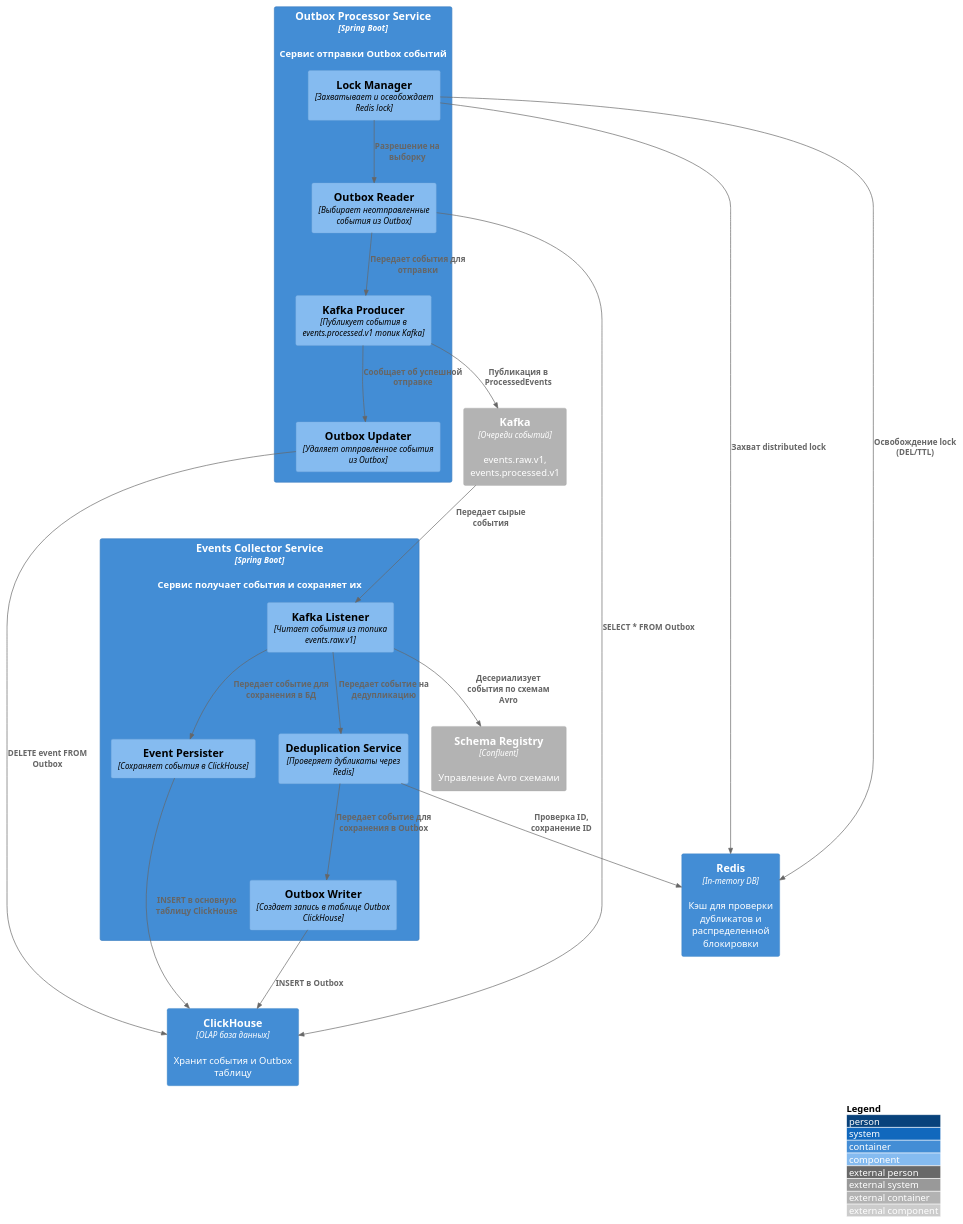
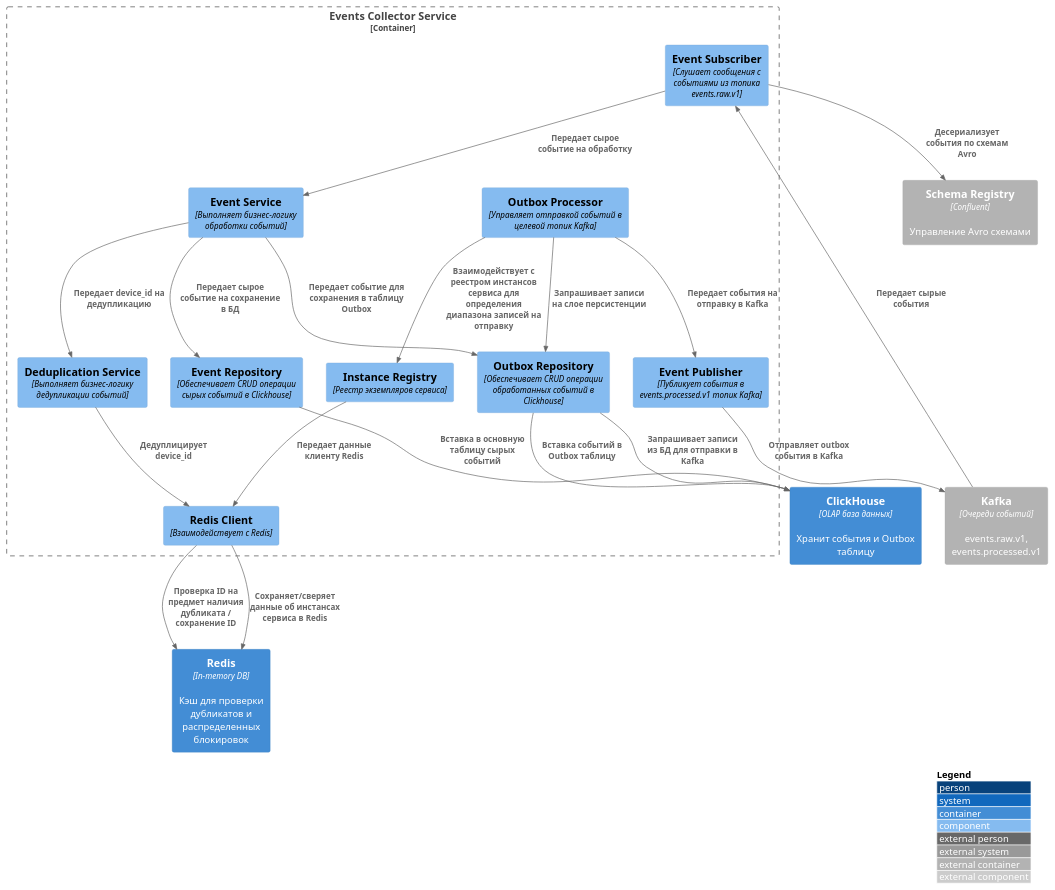
One commit to denfort50/iot-platform-yankee-dkalchenko changed the diagram in diagrams/components.puml. Above: the diagram before and after it, drawn with PlantUML. The commit also changed 3 other files, not shown here.

Commit message:
Внесение корректировок на диаграммах

```diff
--- a/diagrams/components.puml
+++ b/diagrams/components.puml
@@ -1,43 +1,41 @@
 @startuml
 !includeurl https://raw.githubusercontent.com/plantuml-stdlib/C4-PlantUML/master/C4_Component.puml
 
 LAYOUT_WITH_LEGEND()
 
 Container_Ext(kafka, "Kafka", "Очереди событий", "events.raw.v1, events.processed.v1")
 Container_Ext(schema_registry, "Schema Registry", "Confluent", "Управление Avro схемами")
-Container(redis, "Redis", "In-memory DB", "Кэш для проверки дубликатов и распределенной блокировки")
+Container(redis, "Redis", "In-memory DB", "Кэш для проверки дубликатов и распределенных блокировок")
 Container(ch, "ClickHouse", "OLAP база данных", "Хранит события и Outbox таблицу")
 
-Container(eventsCollector, "Events Collector Service", "Spring Boot", "Сервис получает события и сохраняет их") {
-    Component(kafkaListener, "Kafka Listener", "Читает события из топика events.raw.v1")
-    Component(deduplicationService, "Deduplication Service", "Проверяет дубликаты через Redis")
-    Component(eventPersister, "Event Persister", "Сохраняет события в ClickHouse")
-    Component(outboxWriter, "Outbox Writer", "Создает запись в таблице Outbox ClickHouse")
+Container_Boundary(eventsCollector, "Events Collector Service", "Spring Boot", "Сервис получает события и сохраняет их") {
+    Component(eventSubscriber, "Event Subscriber", "Слушает сообщения с событиями из топика events.raw.v1")
+    Component(eventService, "Event Service", "Выполняет бизнес-логику обработки событий")
+    Component(eventRepository, "Event Repository", "Обеспечивает CRUD операции сырых событий в Clickhouse")
+    Component(outboxRepository, "Outbox Repository", "Обеспечивает CRUD операции обработанных событий в Clickhouse")
+    Component(deduplicationService, "Deduplication Service", "Выполняет бизнес-логику дедупликации событий")
+    Component(redisClient, "Redis Client", "Взаимодействует с Redis")
+    Component(outboxProcessor, "Outbox Processor", "Управляет отправкой событий в целевой топик Kafka")
+    Component(instanceRegistry , "Instance Registry", "Реестр экземпляров сервиса")
+    Component(eventPublisher, "Event Publisher", "Публикует события в events.processed.v1 топик Kafka")
 }
 
-Container(outboxProcessor, "Outbox Processor Service", "Spring Boot", "Сервис отправки Outbox событий") {
-    Component(lockManager, "Lock Manager", "Захватывает и освобождает Redis lock")
-    Component(outboxReader, "Outbox Reader", "Выбирает неотправленные события из Outbox")
-    Component(kafkaProducer, "Kafka Producer", "Публикует события в events.processed.v1 топик Kafka")
-    Component(outboxUpdater, "Outbox Updater", "Удаляет отправленное события из Outbox")
-}
-
-Rel(kafka, kafkaListener, "Передает сырые события")
-Rel(kafkaListener, schema_registry, "Десериализует события по схемам Avro")
-Rel(kafkaListener, eventPersister, "Передает событие для сохранения в БД")
-Rel(eventPersister, ch, "INSERT в основную таблицу ClickHouse")
-Rel(kafkaListener, deduplicationService, "Передает событие на дедупликацию")
-Rel(deduplicationService, redis, "Проверка ID, сохранение ID")
-Rel(deduplicationService, outboxWriter, "Передает событие для сохранения в Outbox")
-Rel(outboxWriter, ch, "INSERT в Outbox")
-
-Rel(lockManager, redis, "Захват distributed lock")
-Rel(lockManager, outboxReader, "Разрешение на выборку")
-Rel(outboxReader, ch, "SELECT * FROM Outbox")
-Rel(outboxReader, kafkaProducer, "Передает события для отправки")
-Rel(kafkaProducer, kafka, "Публикация в ProcessedEvents")
-Rel(kafkaProducer, outboxUpdater, "Сообщает об успешной отправке")
-Rel(outboxUpdater, ch, "DELETE event FROM Outbox")
-Rel(lockManager, redis, "Освобождение lock (DEL/TTL)")
+Rel(kafka, eventSubscriber, "Передает сырые события")
+Rel(eventSubscriber, schema_registry, "Десериализует события по схемам Avro")
+Rel(eventSubscriber, eventService, "Передает сырое событие на обработку")
+Rel(eventService, eventRepository, "Передает сырое событие на сохранение в БД")
+Rel(eventRepository, ch, "Вставка в основную таблицу сырых событий")
+Rel(eventService, deduplicationService, "Передает device_id на дедупликацию")
+Rel(deduplicationService, redisClient, "Дедуплицирует device_id")
+Rel(redisClient, redis, "Проверка ID на предмет наличия дубликата / сохранение ID")
+Rel(eventService, outboxRepository, "Передает событие для сохранения в таблицу Outbox")
+Rel(outboxRepository, ch, "Вставка событий в Outbox таблицу")
+Rel(outboxProcessor, instanceRegistry, "Взаимодействует с реестром инстансов сервиса для определения диапазона записей на отправку")
+Rel(instanceRegistry, redisClient, "Передает данные клиенту Redis")
+Rel(redisClient, redis, "Сохраняет/сверяет данные об инстансах сервиса в Redis")
+Rel(outboxProcessor, outboxRepository, "Запрашивает записи на слое персистенции")
+Rel(outboxRepository, ch, "Запрашивает записи из БД для отправки в Kafka")
+Rel(outboxProcessor, eventPublisher, "Передает события на отправку в Kafka")
+Rel(eventPublisher, kafka, "Отправляет outbox события в Kafka")
 
 @enduml
```
